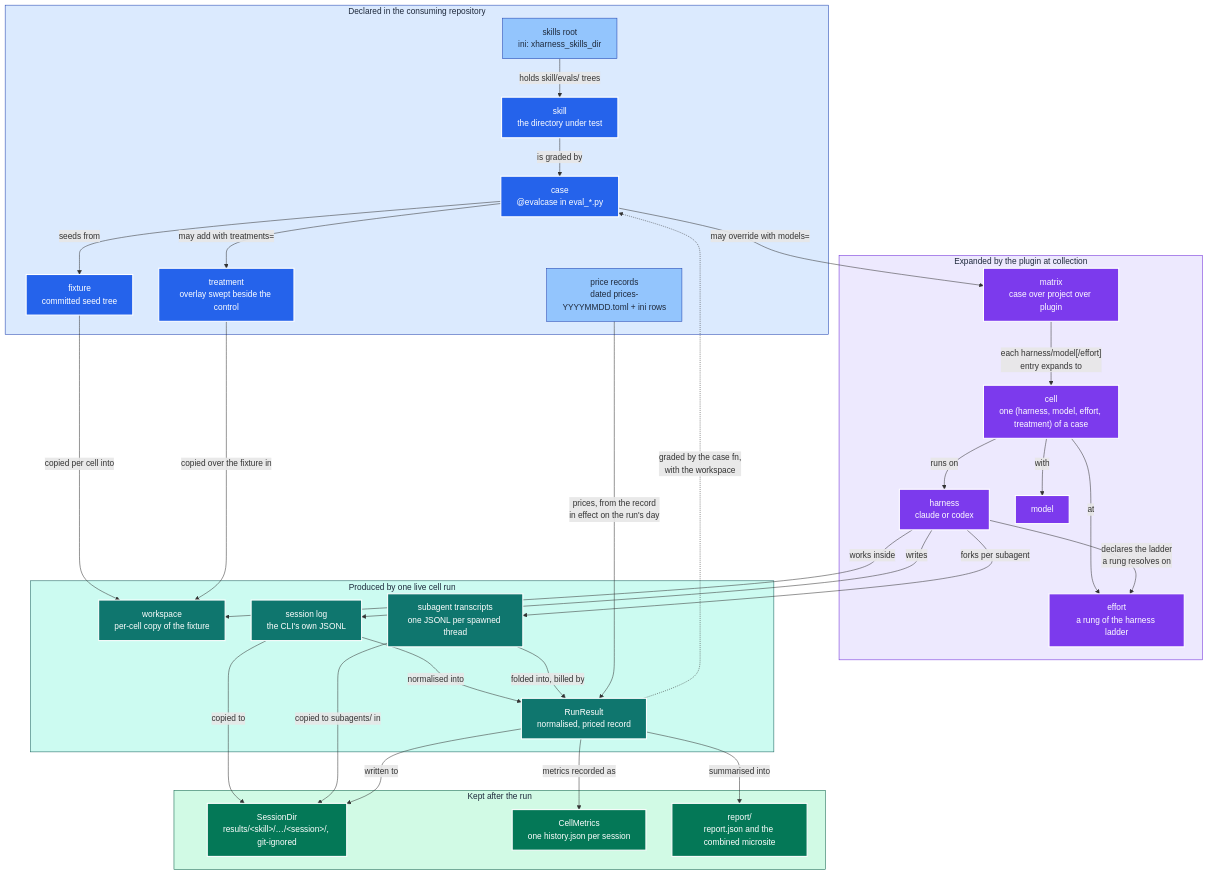
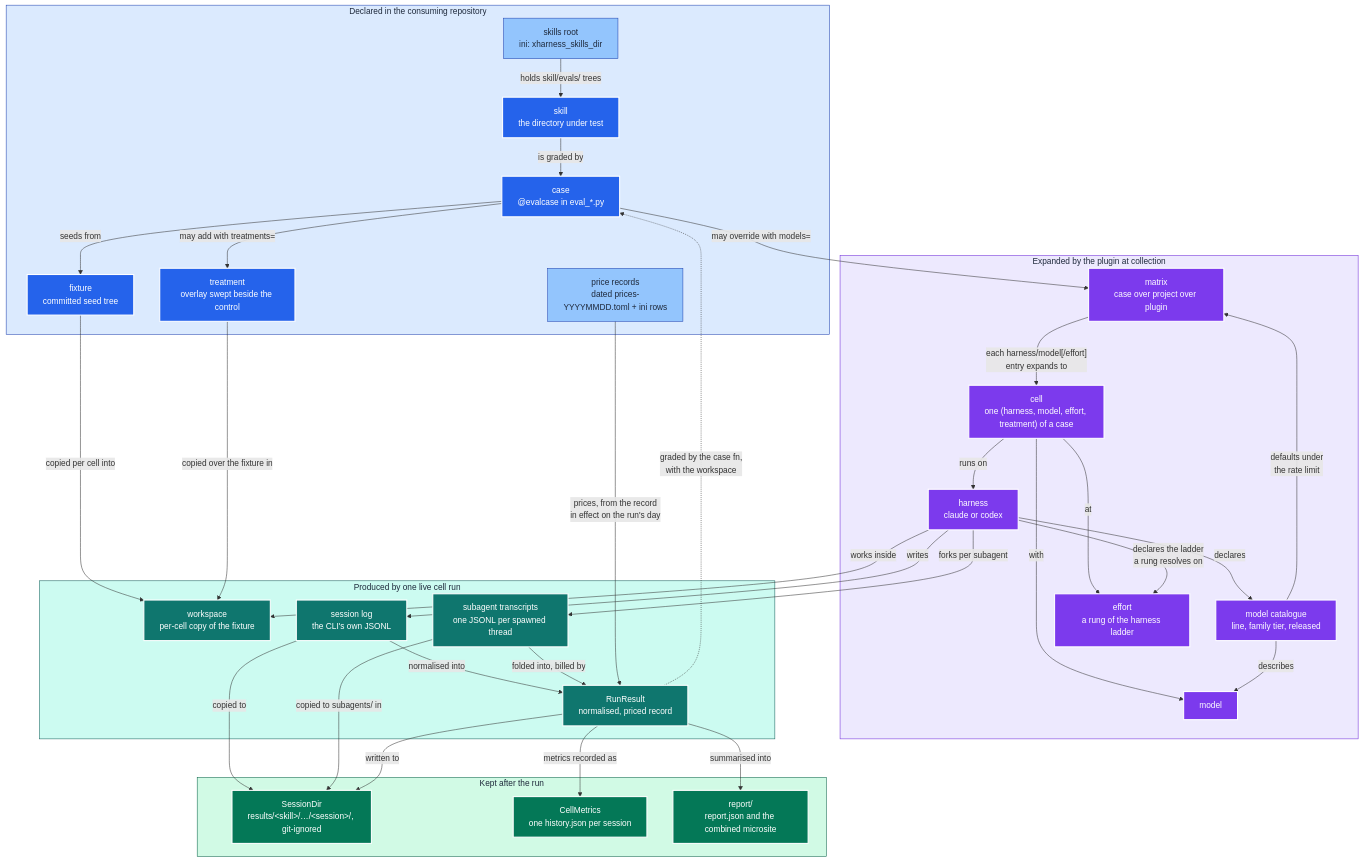
The diagram in GLOSSARY.md (neozenith/pytest-xharness-eval), drawn with Mermaid before and after one commit. The commit also changed other lines of this file and 40 other files, not shown here.

First line of the commit message:
A model catalogue per harness with hand-curated family tiers (ADR 0057, ADR 0058)

````diff
--- a/GLOSSARY.md
+++ b/GLOSSARY.md
@@ -80,71 +84,75 @@
 ```mermaid
 flowchart TB
     subgraph declared["Declared in the consuming repository"]
         ROOT["skills root<br/>ini: xharness_skills_dir"]:::cfg
         SKILL["skill<br/>the directory under test"]:::declare
         CASE["case<br/>@evalcase in eval_*.py"]:::declare
         FIX["fixture<br/>committed seed tree"]:::declare
         TREAT["treatment<br/>overlay swept beside the control"]:::declare
         PRICES["price records<br/>dated prices-YYYYMMDD.toml + ini rows"]:::cfg
     end
 
     subgraph expanded["Expanded by the plugin at collection"]
         MATRIX["matrix<br/>case over project over plugin"]:::plan
         CELL["cell<br/>one (harness, model, effort, treatment) of a case"]:::plan
         HARNESS["harness<br/>claude or codex"]:::plan
         MODEL["model"]:::plan
+        CATALOG["model catalogue<br/>line, family tier, released"]:::plan
         EFFORT["effort<br/>a rung of the harness ladder"]:::plan
     end
 
     subgraph produced["Produced by one live cell run"]
         WS["workspace<br/>per-cell copy of the fixture"]:::data
         LOG["session log<br/>the CLI's own JSONL"]:::data
         SUB["subagent transcripts<br/>one JSONL per spawned thread"]:::data
         RR["RunResult<br/>normalised, priced record"]:::data
     end
 
     subgraph kept["Kept after the run"]
         CAP["SessionDir<br/>results/&lt;skill&gt;/…/&lt;session&gt;/, git-ignored"]:::out
         HIST["CellMetrics<br/>one history.json per session"]:::out
         REP["report/<br/>report.json and the combined microsite"]:::out
     end
 
     ROOT -->|"holds skill/evals/ trees"| SKILL
     SKILL -->|"is graded by"| CASE
     CASE -->|"seeds from"| FIX
     CASE -->|"may override with models="| MATRIX
     MATRIX -->|"each harness/model[/effort]<br/>entry expands to"| CELL
     CELL -->|"runs on"| HARNESS
     CELL -->|"with"| MODEL
     CELL -->|"at"| EFFORT
     HARNESS -->|"declares the ladder<br/>a rung resolves on"| EFFORT
+    HARNESS -->|"declares"| CATALOG
+    CATALOG -->|"describes"| MODEL
+    CATALOG -->|"defaults under<br/>the rate limit"| MATRIX
     FIX -->|"copied per cell into"| WS
     CASE -->|"may add with treatments="| TREAT
     TREAT -->|"copied over the fixture in"| WS
     HARNESS -->|"works inside"| WS
     HARNESS -->|"writes"| LOG
     HARNESS -->|"forks per subagent"| SUB
     LOG -->|"normalised into"| RR
     SUB -->|"folded into, billed by"| RR
     PRICES -->|"prices, from the record<br/>in effect on the run's day"| RR
     RR -.->|"graded by the case fn,<br/>with the workspace"| CASE
     LOG -->|"copied to"| CAP
     SUB -->|"copied to subagents/ in"| CAP
     RR -->|"written to"| CAP
     RR -->|"metrics recorded as"| HIST
     RR -->|"summarised into"| REP
 
     classDef declare fill:#2563eb,stroke:#fff,color:#fff,stroke-width:2px
     classDef cfg     fill:#93c5fd,stroke:#1e40af,color:#1e293b,stroke-width:1px
     classDef plan    fill:#7c3aed,stroke:#fff,color:#fff,stroke-width:2px
     classDef data    fill:#0f766e,stroke:#fff,color:#fff,stroke-width:2px
     classDef out     fill:#047857,stroke:#fff,color:#fff,stroke-width:2px
     classDef sgDeclare  fill:#dbeafe,stroke:#1e40af,color:#1e293b
     classDef sgExpand   fill:#ede9fe,stroke:#6d28d9,color:#1e293b
     classDef sgProduced fill:#ccfbf1,stroke:#115e59,color:#1e293b
     classDef sgKept     fill:#d1fae5,stroke:#065f46,color:#1e293b
     class declared sgDeclare
     class expanded sgExpand
     class produced sgProduced
     class kept sgKept
 ```
````
